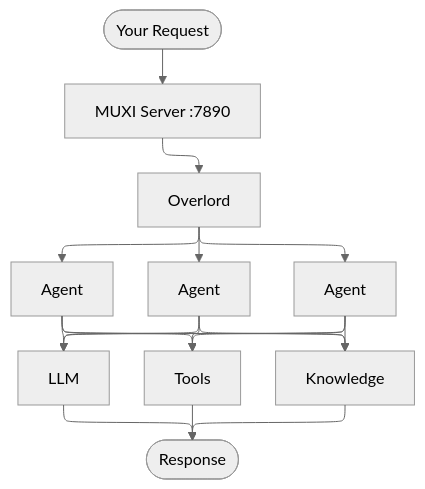
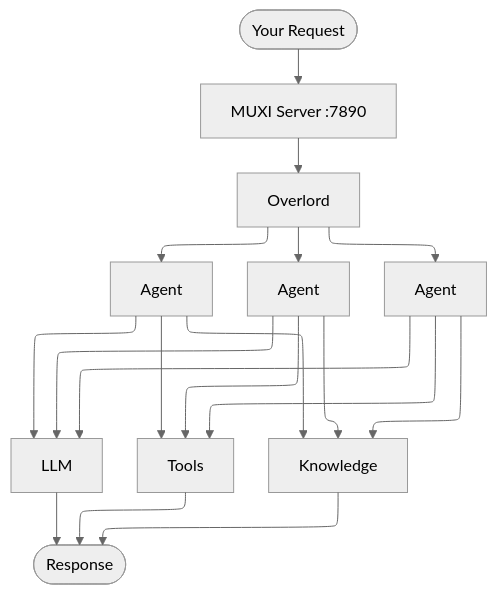
The diagram in docs/how-it-works.md (muxi-ai/muxi), drawn with Mermaid (neutral theme) before and after one commit.

Commit message:
docs: streamline mermaid flowchart initialization for clarity

````diff
--- a/docs/how-it-works.md
+++ b/docs/how-it-works.md
@@ -12,22 +12,16 @@
 ```mermaid
----
-config:
-  layout: elk
-  elk:
-    mergeEdges: true
-    nodePlacementStrategy: LINEAR_SEGMENTS
----
+%%{init: {"flowchart": {"defaultRenderer": "elk", "elk": {"mergeEdges": true, "nodePlacementStrategy": "LINEAR_SEGMENTS"}}} }%%
 flowchart TB
     Request(["Your Request"])
     Server["MUXI Server :7890"]
     Overlord["Overlord"]
     A1["Agent"] & A2["Agent"] & A3["Agent"]
     LLM["LLM"] & Tools["Tools"] & RAG["Knowledge"]
     Response(["Response"])
 
     Request --> Server
     Server --> Overlord
     Overlord --> A1 & A2 & A3
     A1 & A2 & A3 --> LLM & Tools & RAG
     LLM & Tools & RAG --> Response
 ```
````
